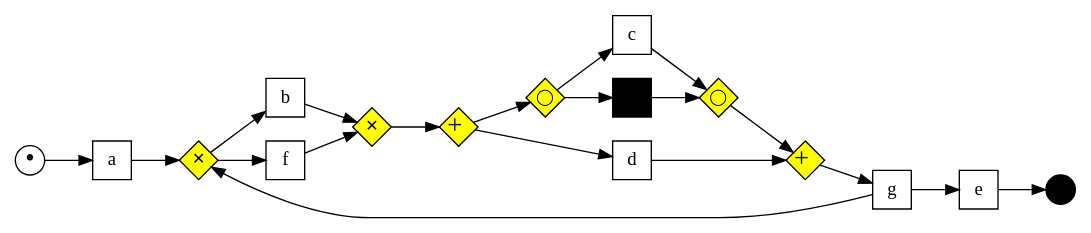
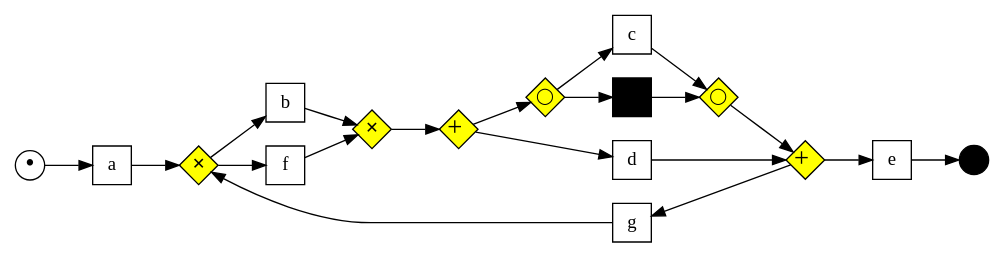
The diagram in PracaInzynierskaTex/examples/v45a7c1000l14.csv_run-1366_21_3_6_143708_2144_563150/graph.gv (psm8/automated-business-process-discovery), drawn with Graphviz before and after one commit. The commit also changed 19 other files, not shown here.

```diff
--- a/PracaInzynierskaTex/examples/v45a7c1000l14.csv_run-1366_21_3_6_143708_2144_563150/graph.gv
+++ b/PracaInzynierskaTex/examples/v45a7c1000l14.csv_run-1366_21_3_6_143708_2144_563150/graph.gv
@@ -1,47 +1,47 @@
 digraph G {
   rankdir=LR;
   subgraph place {
     node [shape=circle,fixedsize=true,label="",height=.3,width=.3];
     in [label="&bull;", fontsize=20];
     out [style=filled,fillcolor=black];
   }
   subgraph xorgate {
     node [shape=diamond,fixedsize=true,width=.4,height=.4,label=<&#x2715;>,fontsize=12,style=filled,fillcolor=yellow]
     x1; x2;
   }
   subgraph andgate {
     node [shape=diamond,fixedsize=true,width=.4,height=.4 label=<&#43;>,fontsize=20,style=filled,fillcolor=yellow]
     a1; a2;
   }
   subgraph optgate {
     node [shape=diamond,fixedsize=true,width=.4,height=.4,label=<&#9711;>,fontsize=12,style=filled,fillcolor=yellow]
     o1; o2;
   }
   subgraph transitions {
     node [shape=rect,height=0.4,width=.4];
     a; b; c; d; e; f; g;
   }
   subgraph skip {
     node [shape=rect,label="",height=0.4,width=.4,style=filled,fillcolor=black];
     s1;
   }
 
   # align horizontally
   {edge [weight=1]; a;g;e}
 
   in->a->x1;
   x1->f->x2;
   x1->b->x2;
   x2->a1;
   a1->o1;
   o2->a2;
   a1->d->a2;
   o1->c->o2;
   o1->s1->o2;
-  g->e;
+  a2->e;
   a2->g->x1
   e->out;
   # align vertically
-  {rank=same; d;c,s1}
+  {rank=same; d;c,s1,g}
   {rank=same; b;f}
 }
```
